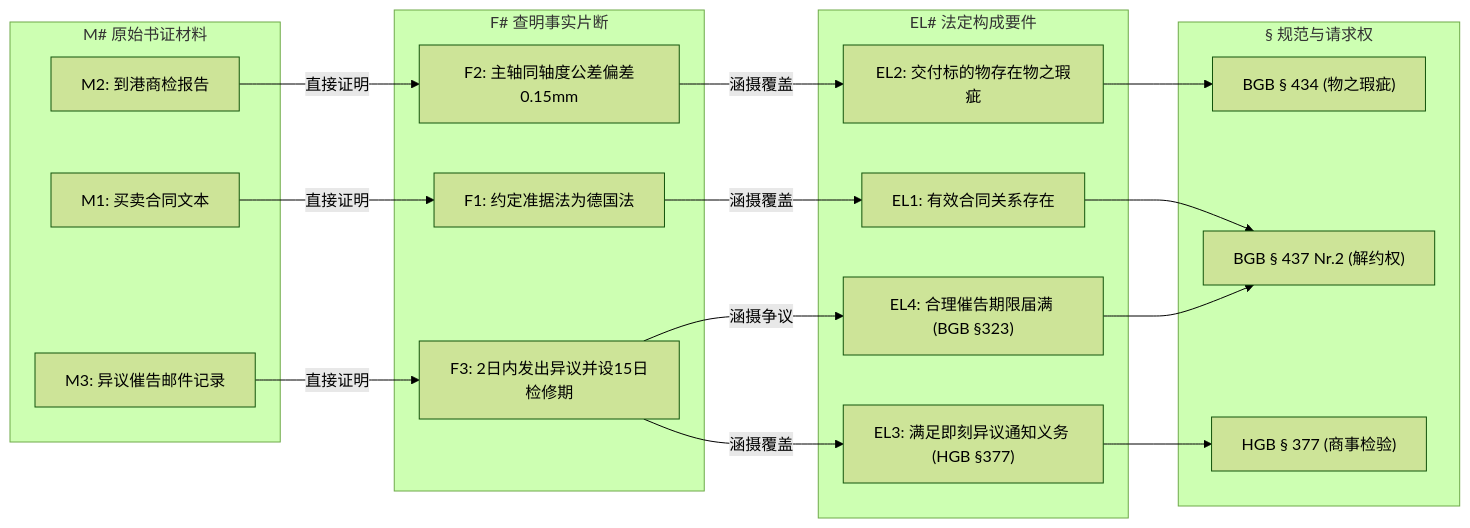
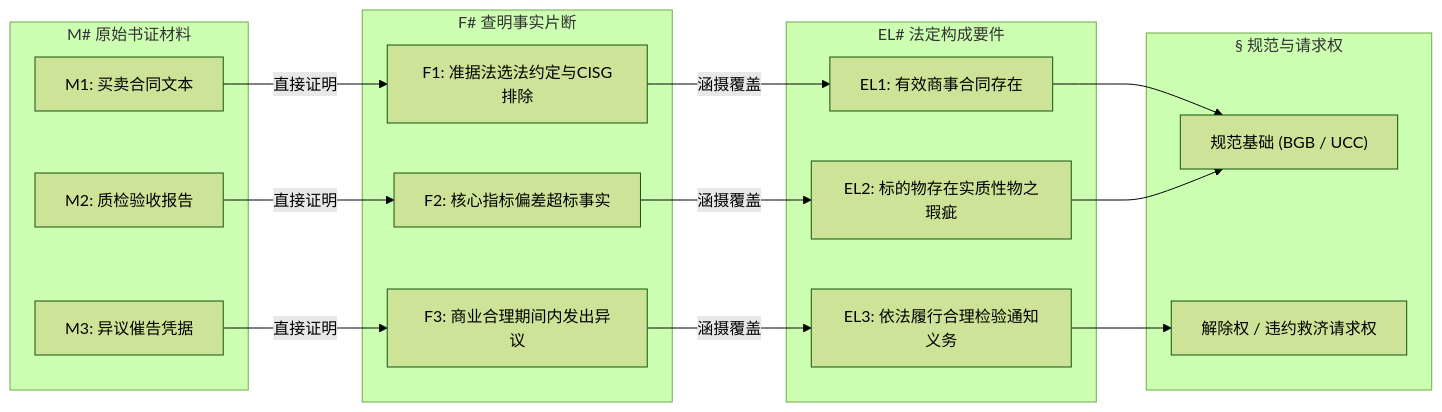
Before and after one commit to mercedtednolkaife-create/OverseasLawAssist: the third of 5 diagrams in 技术说明.md, drawn with Mermaid (forest theme). The commit also changed other lines of this file and 45 other files, not shown here.

````diff
--- a/技术说明.md
+++ b/技术说明.md
@@ -196,41 +187,37 @@
 ```mermaid
 graph LR
     subgraph Materials ["M# 原始书证材料"]
         M1["M1: 买卖合同文本"]
-        M2["M2: 到港商检报告"]
-        M3["M3: 异议催告邮件记录"]
+        M2["M2: 质检验收报告"]
+        M3["M3: 异议催告凭据"]
     end
 
     subgraph Facts ["F# 查明事实片断"]
-        F1["F1: 约定准据法为德国法"]
-        F2["F2: 主轴同轴度公差偏差0.15mm"]
-        F3["F3: 2日内发出异议并设15日检修期"]
+        F1["F1: 准据法选法约定与CISG排除"]
+        F2["F2: 核心指标偏差超标事实"]
+        F3["F3: 商业合理期间内发出异议"]
     end
 
     subgraph Elements ["EL# 法定构成要件"]
-        EL1["EL1: 有效合同关系存在"]
-        EL2["EL2: 交付标的物存在物之瑕疵"]
-        EL3["EL3: 满足即刻异议通知义务 (HGB §377)"]
-        EL4["EL4: 合理催告期限届满 (BGB §323)"]
+        EL1["EL1: 有效商事合同存在"]
+        EL2["EL2: 标的物存在实质性物之瑕疵"]
+        EL3["EL3: 依法履行合理检验通知义务"]
     end
 
     subgraph Norms ["§ 规范与请求权"]
-        N1["BGB § 434 (物之瑕疵)"]
-        N2["BGB § 437 Nr.2 (解约权)"]
-        N3["HGB § 377 (商事检验)"]
+        N1["规范基础 (BGB / UCC)"]
+        N2["解除权 / 违约救济请求权"]
     end
 
     M1 -->|直接证明| F1
     M2 -->|直接证明| F2
     M3 -->|直接证明| F3
 
     F1 -->|涵摄覆盖| EL1
     F2 -->|涵摄覆盖| EL2
     F3 -->|涵摄覆盖| EL3
-    F3 -->|涵摄争议| EL4
 
-    EL1 --> N2
+    EL1 --> N1
     EL2 --> N1
-    EL3 --> N3
-    EL4 --> N2
+    EL3 --> N2
 ```
````
